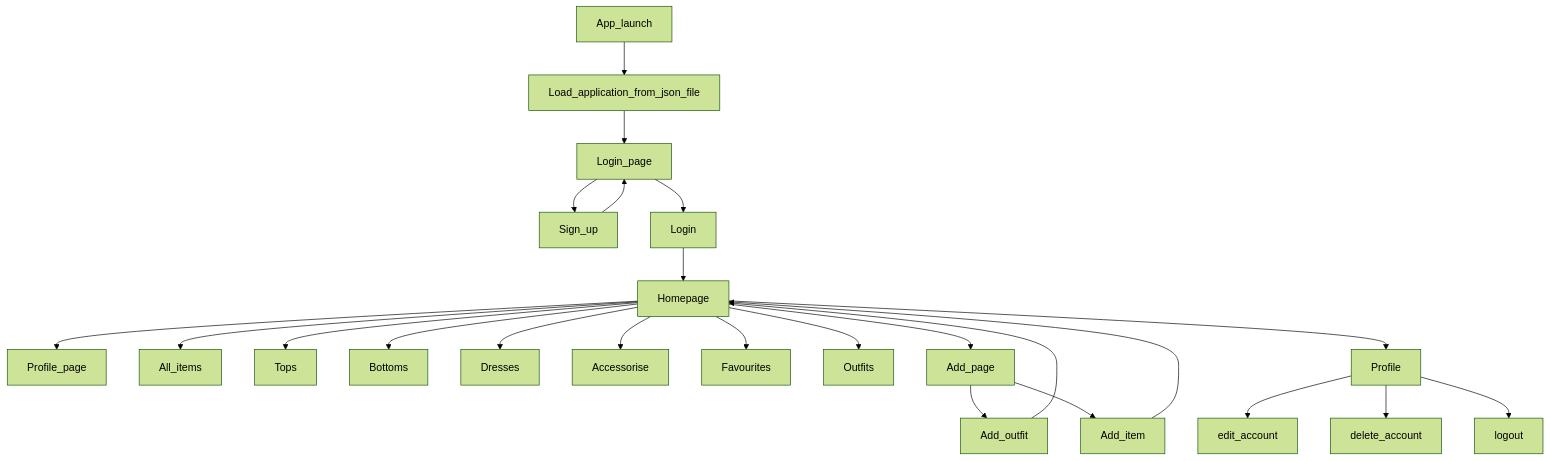
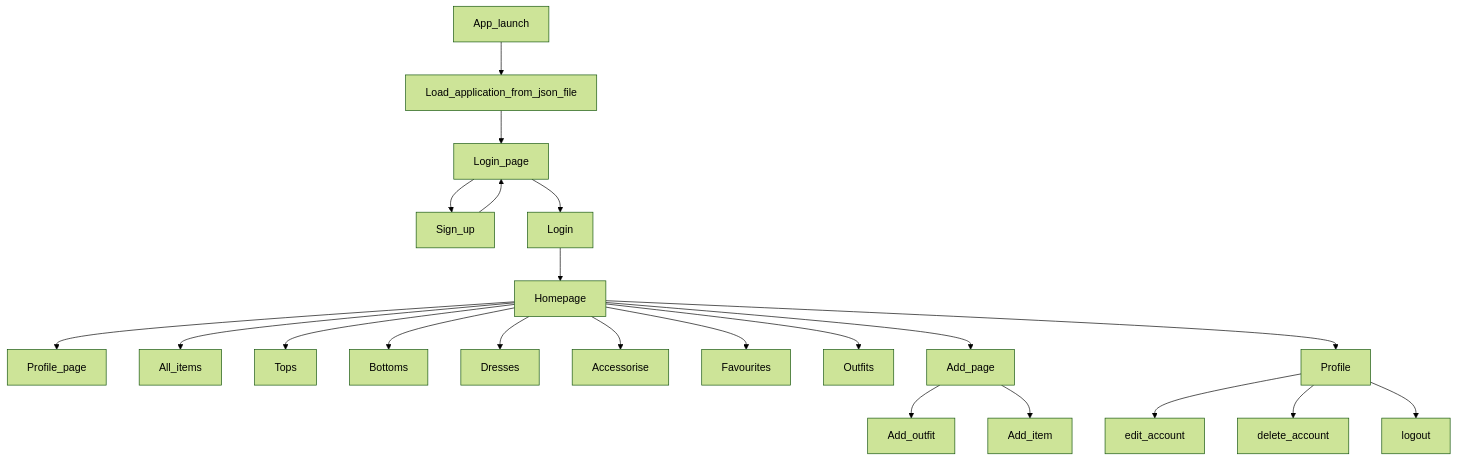
The diagram in readme.md (IreneAvezzu/test_), drawn with Mermaid (forest theme) before and after one commit.

````diff
--- a/readme.md
+++ b/readme.md
@@ -5,28 +5,26 @@
 ```mermaid
 graph TD;
   App_launch-->Load_application_from_json_file;
   Load_application_from_json_file-->Login_page;
   Login_page-->Sign_up;
   Sign_up-->Login_page;
   Login_page-->Login;
   Login-->Homepage;
   Homepage-->Profile_page;
   Homepage-->All_items;
   Homepage-->Tops;
   Homepage-->Bottoms;
   Homepage-->Dresses;
   Homepage-->Accessorise;
   Homepage-->Favourites;
   Homepage-->Outfits;
   Homepage-->Add_page;
   Homepage-->Profile;
   
   Add_page-->Add_outfit;
   Add_page-->Add_item;
-  Add_outfit-->Homepage;
-  Add_item-->Homepage;
   Profile-->edit_account;
   Profile-->delete_account;
   Profile-->logout;
 
 ```
````
